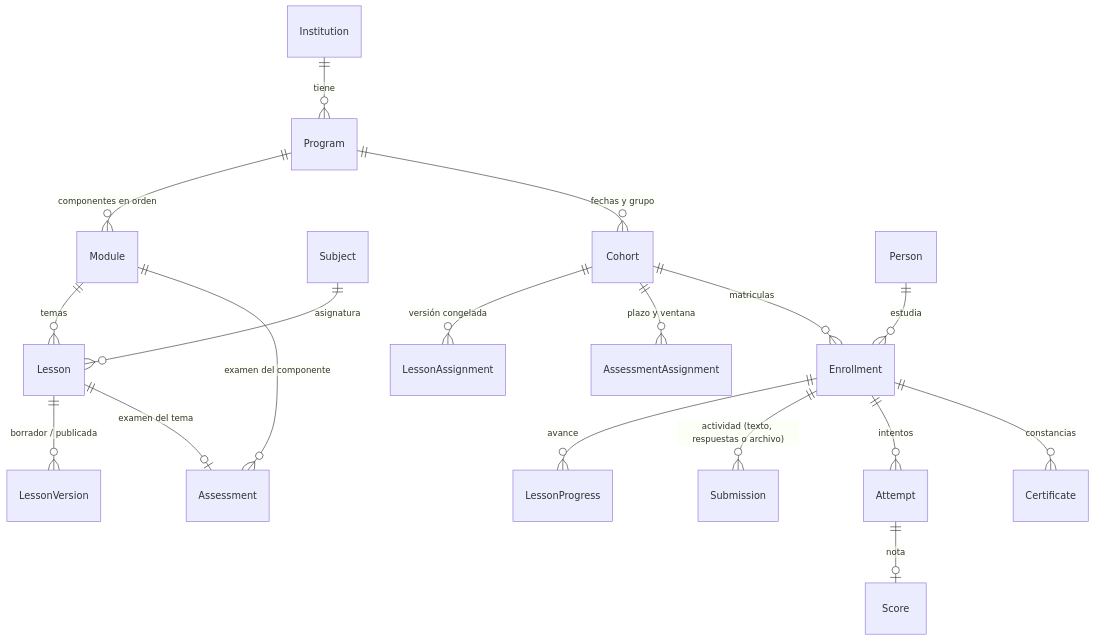
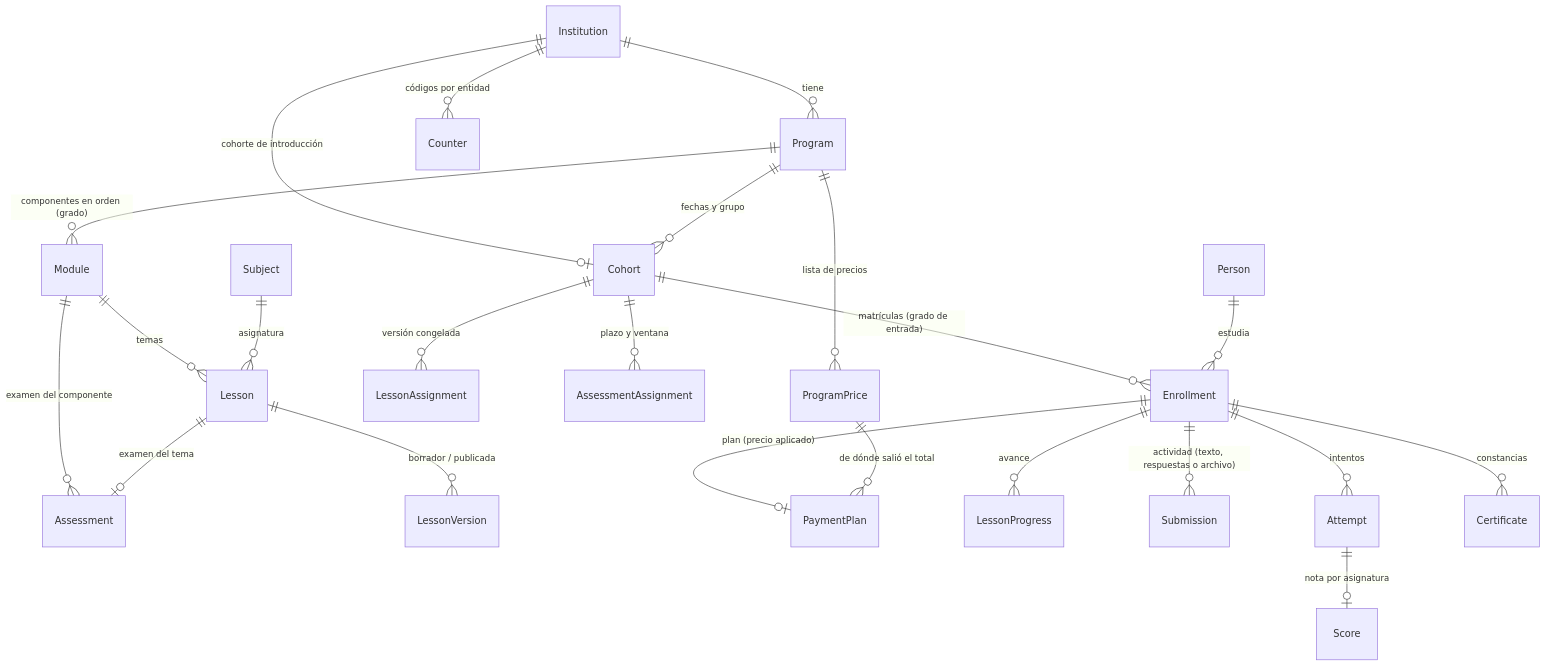
One commit to Jhony0709/colombia-estudia changed the second of 2 diagrams in docs/negocio/resumen.md. Above: the diagram before and after it, drawn with Mermaid. The commit also changed other lines of this file and 123 other files, not shown here.

````diff
--- a/docs/negocio/resumen.md
+++ b/docs/negocio/resumen.md
@@ -78,20 +116,25 @@
 ```mermaid
 erDiagram
   Institution ||--o{ Program : tiene
-  Program ||--o{ Module : "componentes en orden"
+  Institution ||--o| Cohort : "cohorte de introducción"
+  Institution ||--o{ Counter : "códigos por entidad"
+  Program ||--o{ Module : "componentes en orden (grado)"
+  Program ||--o{ ProgramPrice : "lista de precios"
   Module ||--o{ Lesson : temas
   Module ||--o{ Assessment : "examen del componente"
   Lesson ||--o{ LessonVersion : "borrador / publicada"
   Lesson ||--o| Assessment : "examen del tema"
   Subject ||--o{ Lesson : asignatura
   Program ||--o{ Cohort : "fechas y grupo"
   Cohort ||--o{ LessonAssignment : "versión congelada"
   Cohort ||--o{ AssessmentAssignment : "plazo y ventana"
-  Cohort ||--o{ Enrollment : matriculas
+  Cohort ||--o{ Enrollment : "matrículas (grado de entrada)"
   Person ||--o{ Enrollment : estudia
+  Enrollment ||--o| PaymentPlan : "plan (precio aplicado)"
+  ProgramPrice ||--o{ PaymentPlan : "de dónde salió el total"
   Enrollment ||--o{ LessonProgress : avance
   Enrollment ||--o{ Submission : "actividad (texto, respuestas o archivo)"
   Enrollment ||--o{ Attempt : intentos
-  Attempt ||--o| Score : nota
+  Attempt ||--o| Score : "nota por asignatura"
   Enrollment ||--o{ Certificate : constancias
 ```
````
